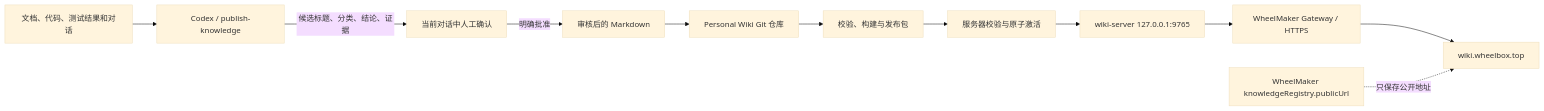
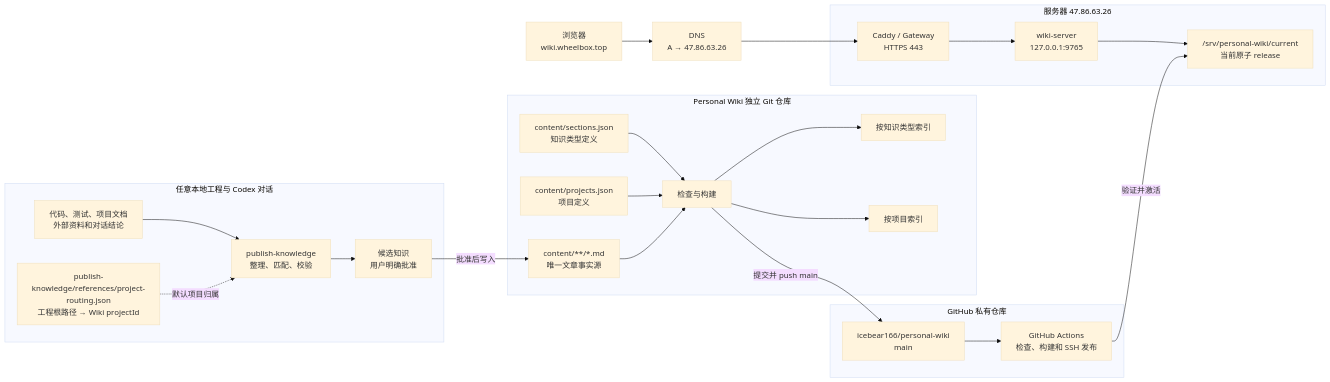
Before and after one commit to icebear166/WheelMaker: the diagram in docs/wiki/features/knowledge-registry.md, drawn with Mermaid (base theme). The commit also changed other lines of this file and 22 other files, not shown here.

Commit message:
docs: finalize personal Wiki workflow and local skills

````diff
--- a/docs/wiki/features/knowledge-registry.md
+++ b/docs/wiki/features/knowledge-registry.md
@@ -11,25 +57,48 @@
 ```mermaid
 flowchart LR
-    Sources["文档、代码、测试结果和对话"]
-    Agent["Codex / publish-knowledge"]
-    Review["当前对话中人工确认"]
-    Markdown["审核后的 Markdown"]
-    Git["Personal Wiki Git 仓库"]
-    Build["校验、构建与发布包"]
-    Activate["服务器校验与原子激活"]
-    Server["wiki-server 127.0.0.1:9765"]
-    Gateway["WheelMaker Gateway / HTTPS"]
-    Browser["wiki.wheelbox.top"]
-    WheelMaker["WheelMaker knowledgeRegistry.publicUrl"]
+    subgraph LocalWork["任意本地工程与 Codex 对话"]
+        Sources["代码、测试、项目文档<br/>外部资料和对话结论"]
+        ProjectRouting["publish-knowledge/references/project-routing.json<br/>工程根路径 → Wiki projectId"]
+        Skill["publish-knowledge<br/>整理、匹配、校验"]
+        Review["候选知识<br/>用户明确批准"]
+    end
 
-    Sources --> Agent
-    Agent -->|候选标题、分类、结论、证据| Review
-    Review -->|明确批准| Markdown
-    Markdown --> Git
-    Git --> Build
-    Build --> Activate
-    Activate --> Server
-    Server --> Gateway
-    Gateway --> Browser
-    WheelMaker -.->|只保存公开地址| Browser
+    subgraph WikiRepo["Personal Wiki 独立 Git 仓库"]
+        Markdown["content/**/*.md<br/>唯一文章事实源"]
+        Sections["content/sections.json<br/>知识类型定义"]
+        Projects["content/projects.json<br/>项目定义"]
+        Build["检查与构建"]
+        TopicIndex["按知识类型索引"]
+        ProjectIndex["按项目索引"]
+    end
+
+    subgraph GitHub["GitHub 私有仓库"]
+        Main["icebear166/personal-wiki<br/>main"]
+        Actions["GitHub Actions<br/>检查、构建和 SSH 发布"]
+    end
+
+    subgraph Host["服务器 47.86.63.26"]
+        Gateway["Caddy / Gateway<br/>HTTPS 443"]
+        Server["wiki-server<br/>127.0.0.1:9765"]
+        Release["/srv/personal-wiki/current<br/>当前原子 release"]
+    end
+
+    Browser["浏览器<br/>wiki.wheelbox.top"] --> DNS["DNS<br/>A → 47.86.63.26"]
+    DNS --> Gateway
+    Gateway --> Server
+    Server --> Release
+
+    Sources --> Skill
+    ProjectRouting -.->|默认项目归属| Skill
+    Skill --> Review
+    Review -->|批准后写入| Markdown
+    Sections --> Build
+    Projects --> Build
+    Markdown --> Build
+    Build --> TopicIndex
+    Build --> ProjectIndex
+    Build -->|提交并 push main| Main
+    Main --> Actions
+    Actions -->|验证并激活| Release
+
 ```
````
